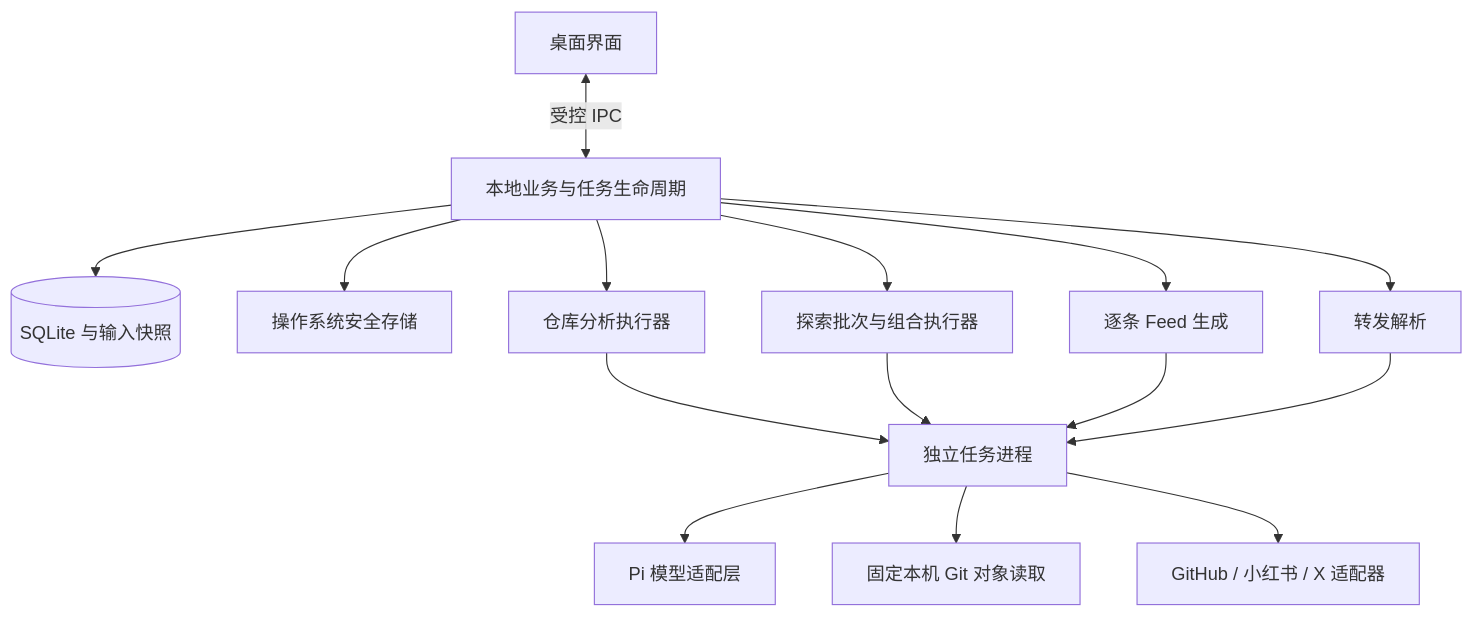
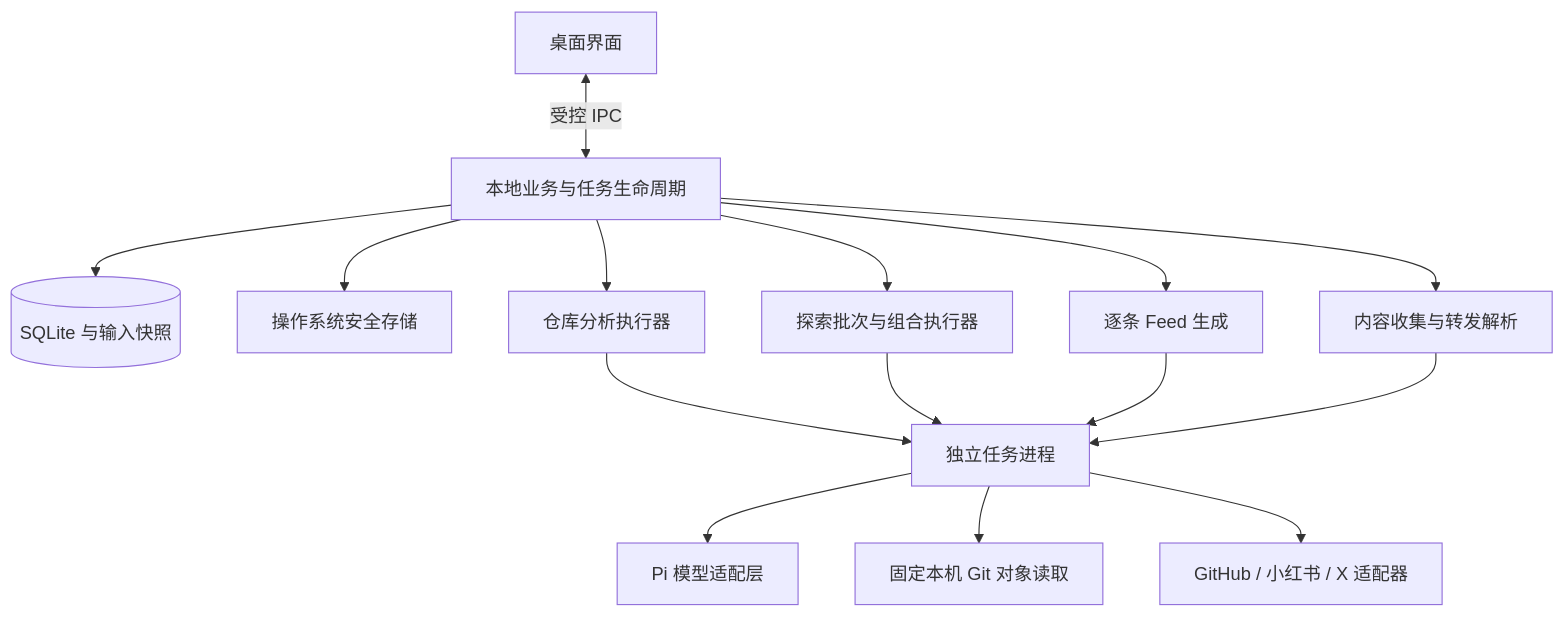
The diagram in docs/technical-architecture.md (huggon1/branchout), drawn with Mermaid before and after one commit. The commit also changed other lines of this file and 5 other files, not shown here.

````diff
--- a/docs/technical-architecture.md
+++ b/docs/technical-architecture.md
@@ -25,17 +25,17 @@
 ```mermaid
 flowchart TD
     UI[桌面界面] <-->|受控 IPC| APP[本地业务与任务生命周期]
     APP --> DB[(SQLite 与输入快照)]
     APP --> SECRET[操作系统安全存储]
     APP --> REVIEW[仓库分析执行器]
     APP --> EXPLORE[探索批次与组合执行器]
     APP --> FEED[逐条 Feed 生成]
-    APP --> INBOX[转发解析]
+    APP --> INBOX[内容收集与转发解析]
     REVIEW --> WORKER[独立任务进程]
     EXPLORE --> WORKER
     FEED --> WORKER
     INBOX --> WORKER
     WORKER --> PI[Pi 模型适配层]
     WORKER --> REPO[固定本机 Git 对象读取]
     WORKER --> SOURCES[GitHub / 小红书 / X 适配器]
 ```
````
